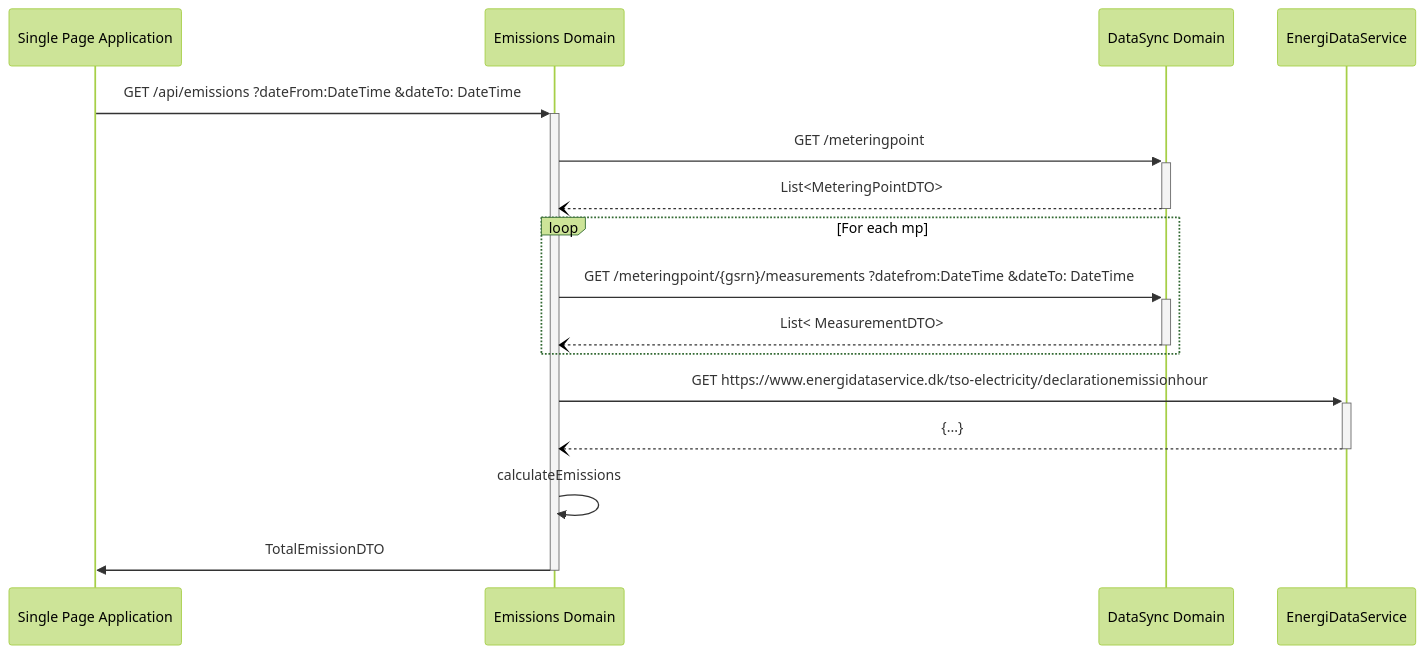
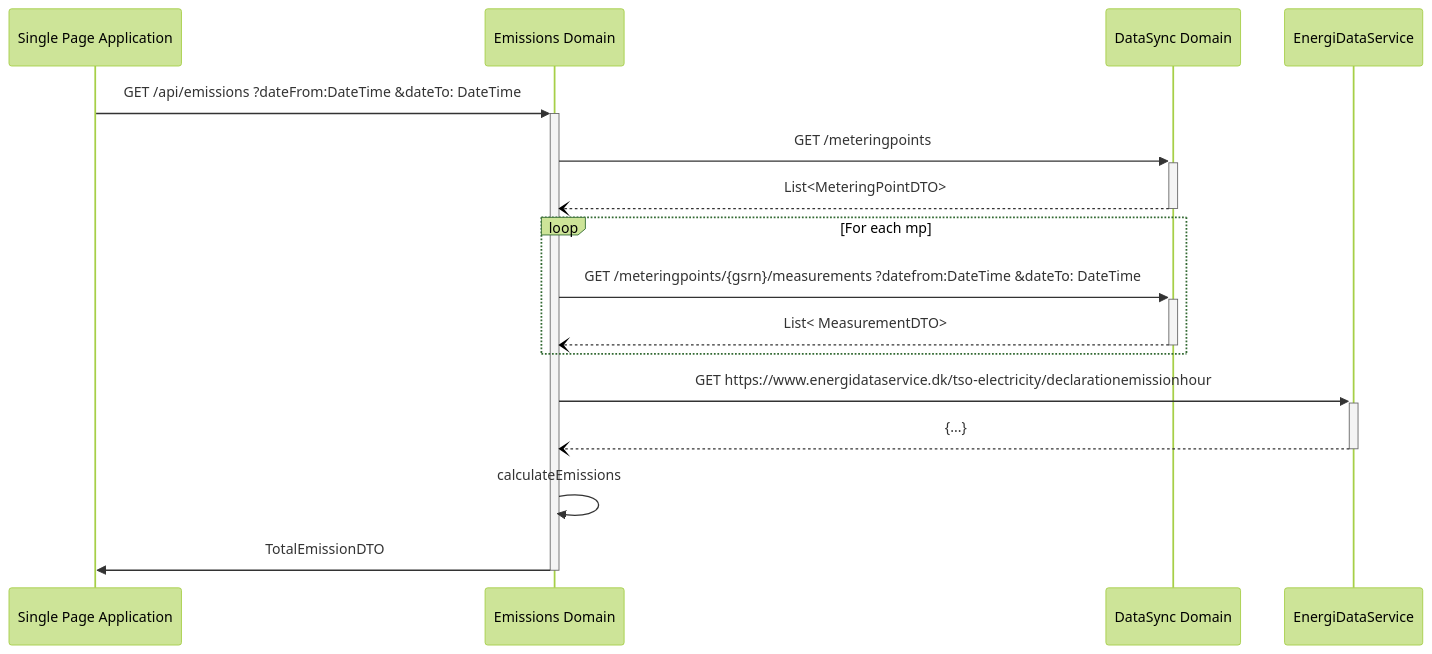
One commit to Energinet-DataHub/energy-origin changed the first of 2 diagrams in doc/api/emissions.md. Above: the diagram before and after it, drawn with Mermaid (forest theme). The commit also changed 4 other files, not shown here.

````diff
--- a/doc/api/emissions.md
+++ b/doc/api/emissions.md
@@ -94,25 +94,25 @@
 ```mermaid
 sequenceDiagram
     participant spa as Single Page Application
     participant em as Emissions Domain
     participant ds as DataSync Domain
     participant eds as EnergiDataService
 
     spa->>+ em: GET /api/emissions  ?dateFrom:DateTime  &dateTo: DateTime
     
-    em->>+ ds: GET /meteringpoint
+    em->>+ ds: GET /meteringpoints
     ds--)- em: List<MeteringPointDTO>
     
     loop For each mp
-      em ->>+ ds: GET /meteringpoint/{gsrn}/measurements  ?datefrom:DateTime  &dateTo: DateTime 
+      em ->>+ ds: GET /meteringpoints/{gsrn}/measurements  ?datefrom:DateTime  &dateTo: DateTime 
         
       ds --)- em: List< MeasurementDTO>
     end
     em->>+ eds: GET https://www.energidataservice.dk/tso-electricity/declarationemissionhour
     eds--)- em: {...}
 
     em->> em: calculateEmissions
 
     em->>- spa: TotalEmissionDTO
 
 ```
````
